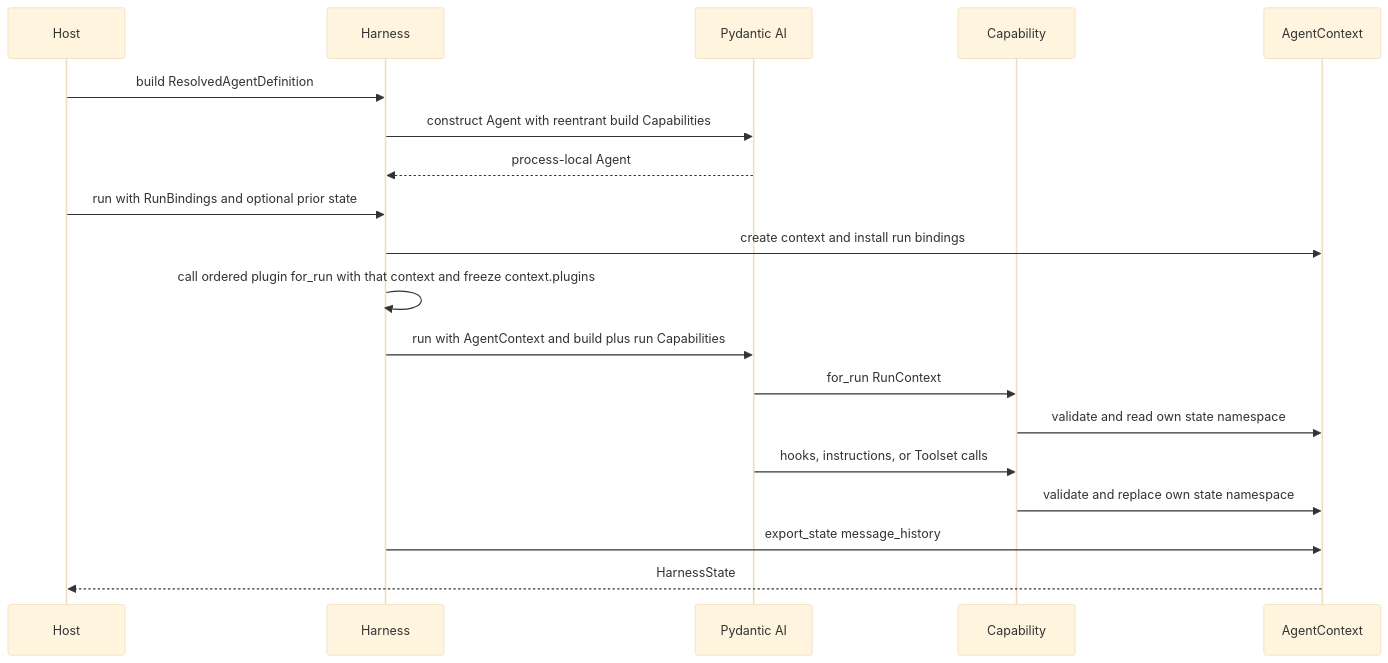
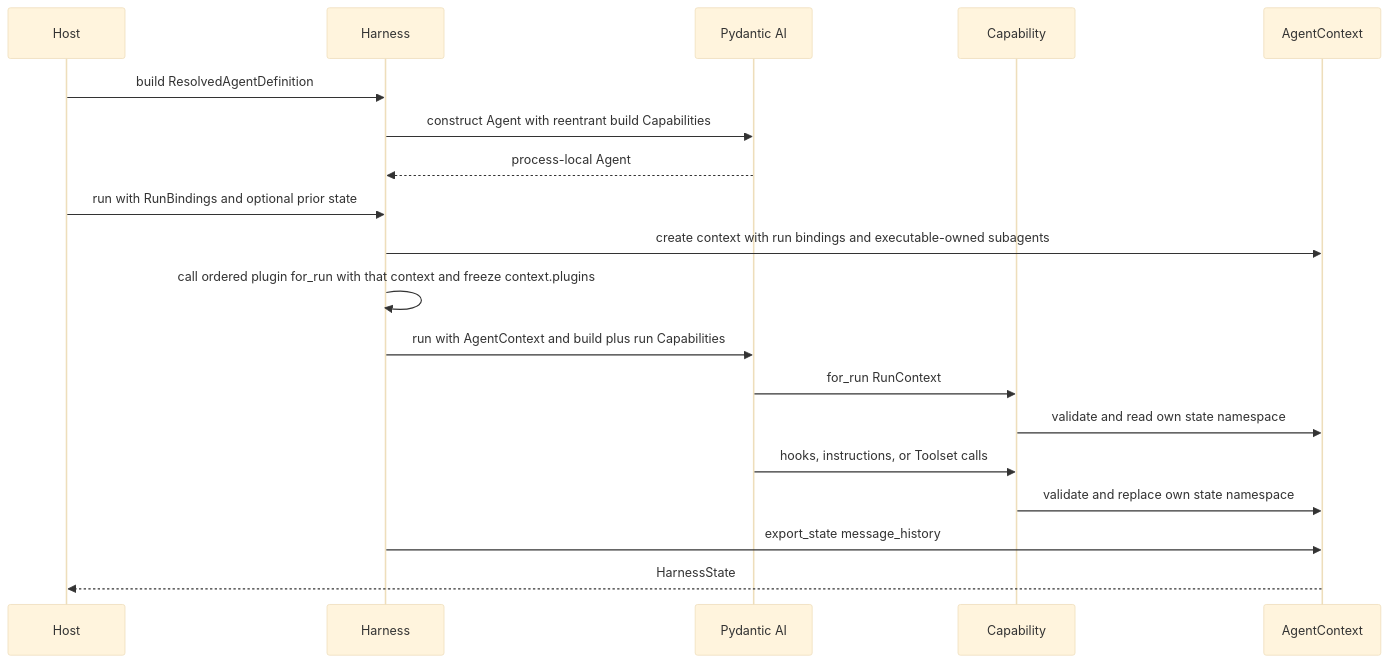
Before and after one commit to LTThreeComma/agent-foundation: the second of 3 diagrams in spec/agent-harness/04-capability-model.md, drawn with Mermaid (base theme). The commit also changed other lines of this file and 19 other files, not shown here.

````diff
--- a/spec/agent-harness/04-capability-model.md
+++ b/spec/agent-harness/04-capability-model.md
@@ -179,22 +184,22 @@
 ```mermaid
 sequenceDiagram
     participant Host
     participant Harness
     participant PAI as Pydantic AI
     participant Capability
     participant Context as AgentContext
 
     Host->>Harness: build ResolvedAgentDefinition
     Harness->>PAI: construct Agent with reentrant build Capabilities
     PAI-->>Harness: process-local Agent
     Host->>Harness: run with RunBindings and optional prior state
-    Harness->>Context: create context and install run bindings
+    Harness->>Context: create context with run bindings and executable-owned subagents
     Harness->>Harness: call ordered plugin for_run with that context and freeze context.plugins
     Harness->>PAI: run with AgentContext and build plus run Capabilities
     PAI->>Capability: for_run RunContext
     Capability->>Context: validate and read own state namespace
     PAI->>Capability: hooks, instructions, or Toolset calls
     Capability->>Context: validate and replace own state namespace
     Harness->>Context: export_state message_history
     Context-->>Host: HarnessState
 ```
````
